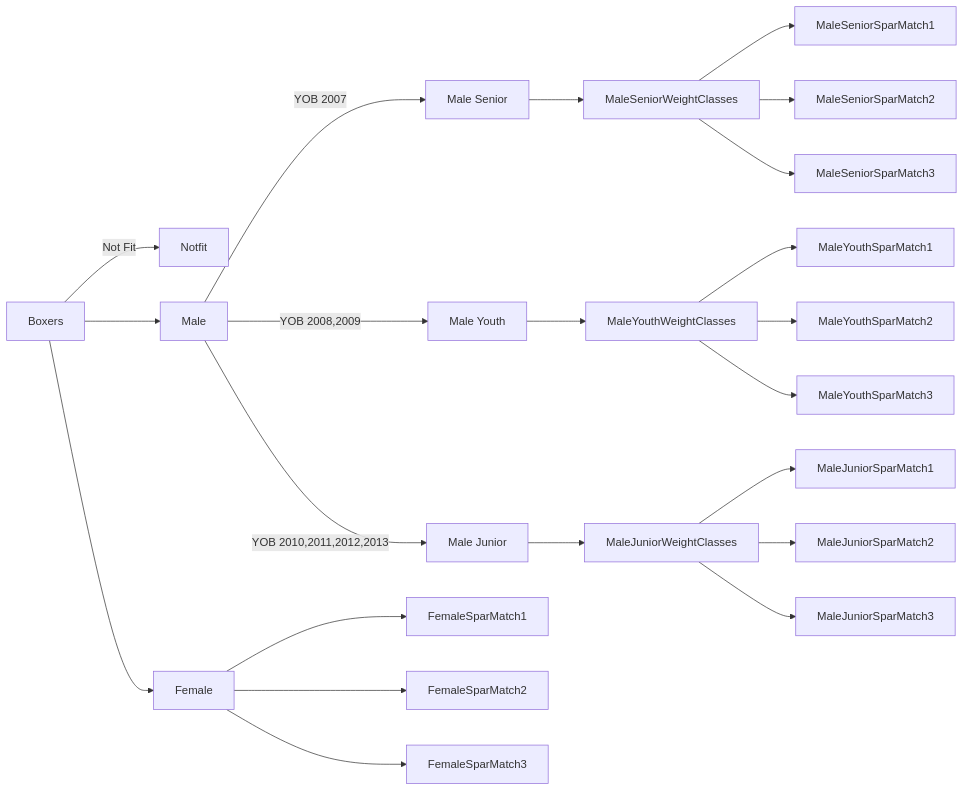
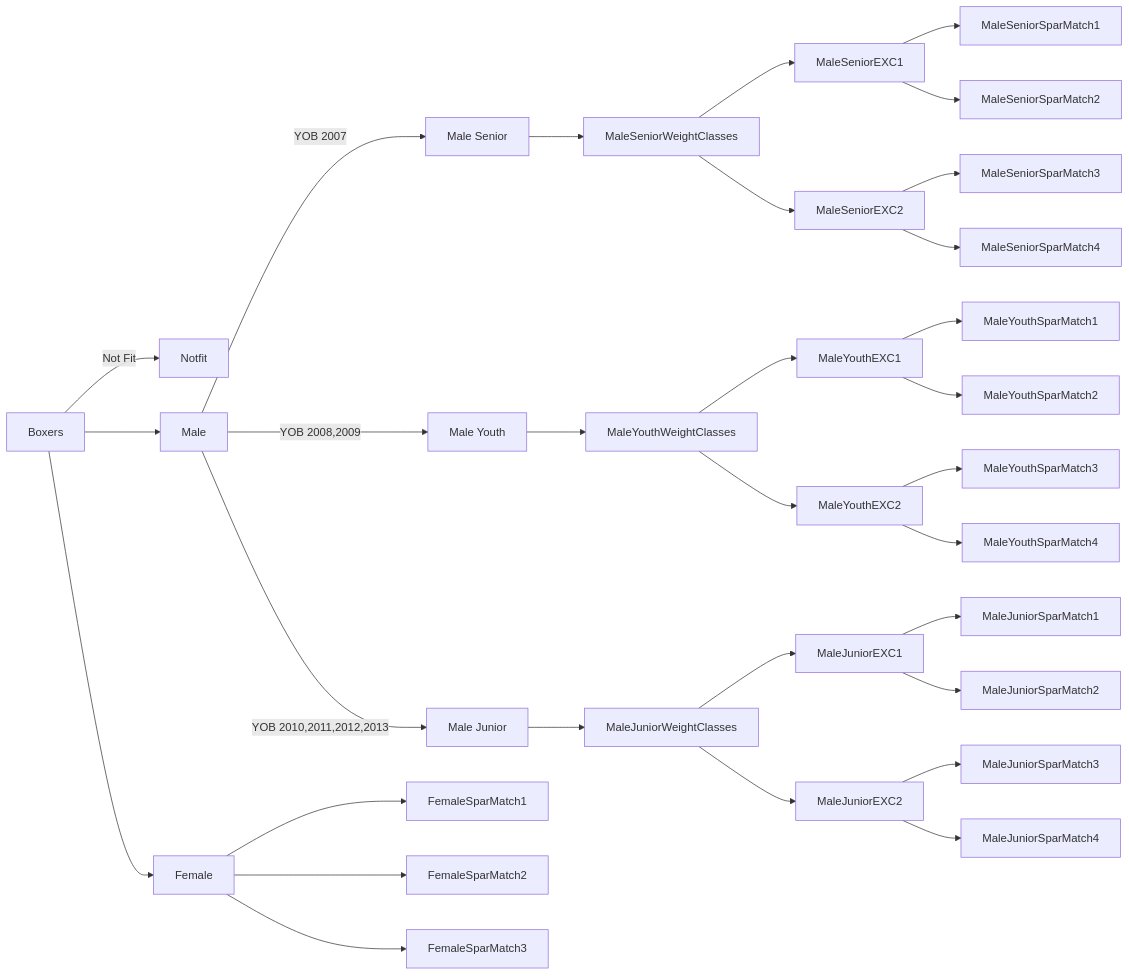
The diagram in Analysis/boxing.mmd (mjmonline1/Boxing), drawn with Mermaid before and after one commit. The commit also changed 43 other files, not shown here.

```diff
--- a/Analysis/boxing.mmd
+++ b/Analysis/boxing.mmd
@@ -1,37 +1,51 @@
 graph LR
   Notfit
   Boxers
   Male
   Female
 
   MaleJunior["Male Junior"]
   MaleYouth["Male Youth"]
   MaleSenior["Male Senior"]
   
   Boxers --> Male
   Boxers -->|Not Fit| Notfit
   Boxers --> Female
 
   Male -->|YOB 2007| MaleSenior
   Male -->|YOB 2008,2009| MaleYouth
   Male -->|YOB 2010,2011,2012,2013| MaleJunior
 
   Female -->| |FemaleSparMatch1
   Female -->| |FemaleSparMatch2
   Female -->| |FemaleSparMatch3
 
   MaleJunior -->| |MaleJuniorWeightClasses
   MaleYouth -->| |MaleYouthWeightClasses
   MaleSenior -->| |MaleSeniorWeightClasses
   
 
     
- MaleJuniorWeightClasses -->| |MaleJuniorSparMatch1
-  MaleJuniorWeightClasses -->| |MaleJuniorSparMatch2
-  MaleJuniorWeightClasses -->| |MaleJuniorSparMatch3
-  MaleYouthWeightClasses -->| |MaleYouthSparMatch1
-  MaleYouthWeightClasses -->| |MaleYouthSparMatch2
-  MaleYouthWeightClasses -->| |MaleYouthSparMatch3
-  MaleSeniorWeightClasses -->| |MaleSeniorSparMatch1
-  MaleSeniorWeightClasses -->| |MaleSeniorSparMatch2 
-  MaleSeniorWeightClasses -->| |MaleSeniorSparMatch3
+  MaleJuniorWeightClasses -->| |MaleJuniorEXC1
+  MaleJuniorWeightClasses -->| |MaleJuniorEXC2
+  
+  MaleYouthWeightClasses -->| |MaleYouthEXC1
+  MaleYouthWeightClasses -->| |MaleYouthEXC2
+  
+  MaleSeniorWeightClasses -->| |MaleSeniorEXC1
+  MaleSeniorWeightClasses -->| |MaleSeniorEXC2 
+  
+  MaleJuniorEXC1 -->| |MaleJuniorSparMatch1
+  MaleJuniorEXC1 -->| |MaleJuniorSparMatch2
+  MaleJuniorEXC2 -->| |MaleJuniorSparMatch3
+  MaleJuniorEXC2 -->| |MaleJuniorSparMatch4
+  
+  MaleYouthEXC1 -->| |MaleYouthSparMatch1
+  MaleYouthEXC1 -->| |MaleYouthSparMatch2
+  MaleYouthEXC2 -->| |MaleYouthSparMatch3
+  MaleYouthEXC2 -->| |MaleYouthSparMatch4
+
+  MaleSeniorEXC1 -->| |MaleSeniorSparMatch1
+  MaleSeniorEXC1 -->| |MaleSeniorSparMatch2
+  MaleSeniorEXC2 -->| |MaleSeniorSparMatch3
+  MaleSeniorEXC2 -->| |MaleSeniorSparMatch4
```
